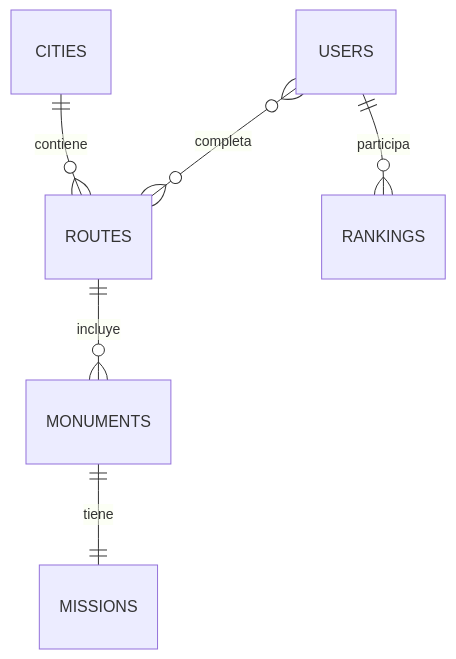
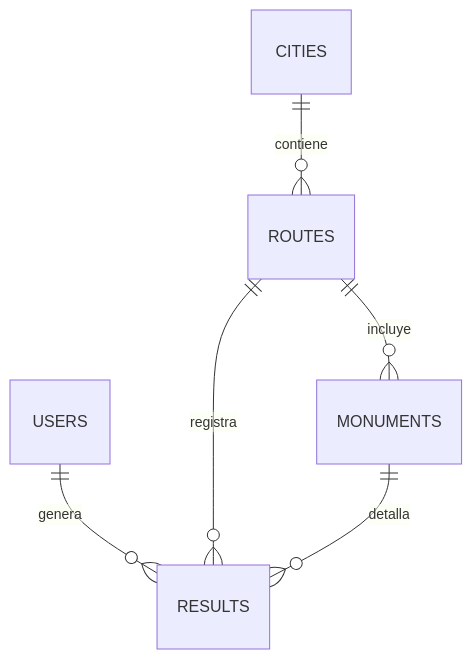
The third of 4 diagrams in docs/technical_documentation.md (TurisTechTeam-Dev/RuteX-GO-App), drawn with Mermaid before and after one commit. The commit also changed other lines of this file, not shown here.

````diff
--- a/docs/technical_documentation.md
+++ b/docs/technical_documentation.md
@@ -438,8 +409,8 @@
 ```mermaid
 erDiagram
+    USERS ||--o{ RESULTS : genera
     CITIES ||--o{ ROUTES : contiene
     ROUTES ||--o{ MONUMENTS : incluye
-    MONUMENTS ||--|| MISSIONS : tiene
-    USERS ||--o{ RANKINGS : participa
-    USERS }o--o{ ROUTES : completa
+    ROUTES ||--o{ RESULTS : registra
+    MONUMENTS ||--o{ RESULTS : detalla
 ```
````
